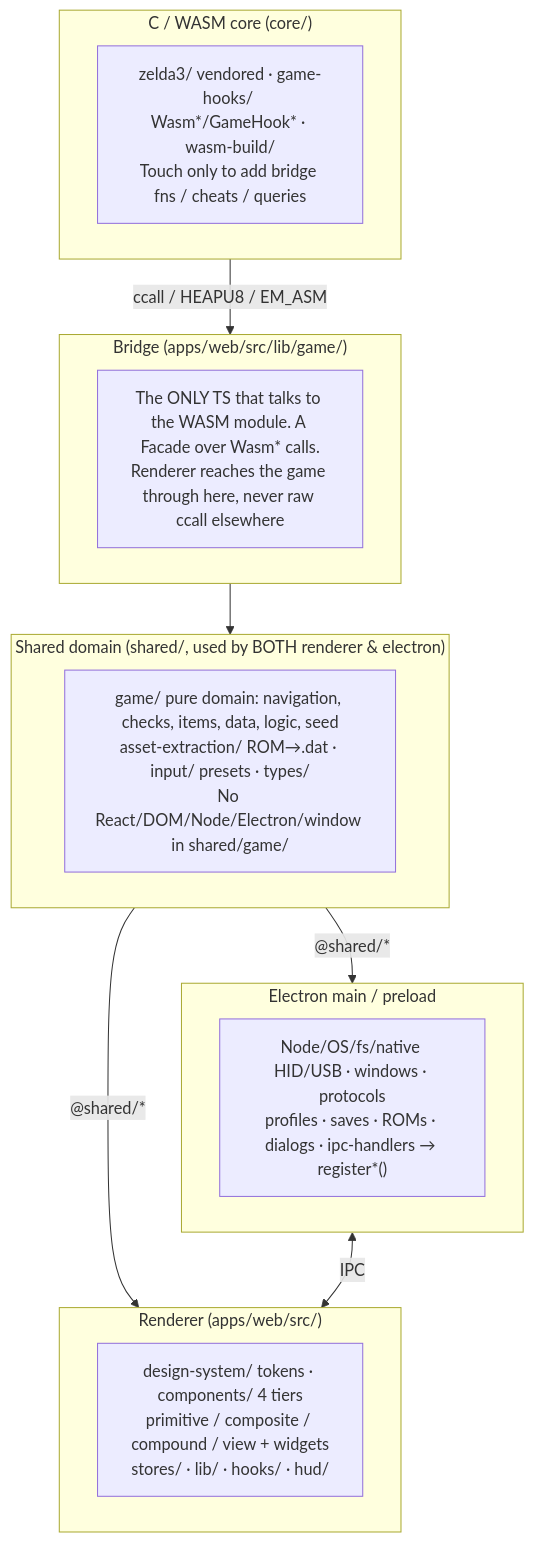
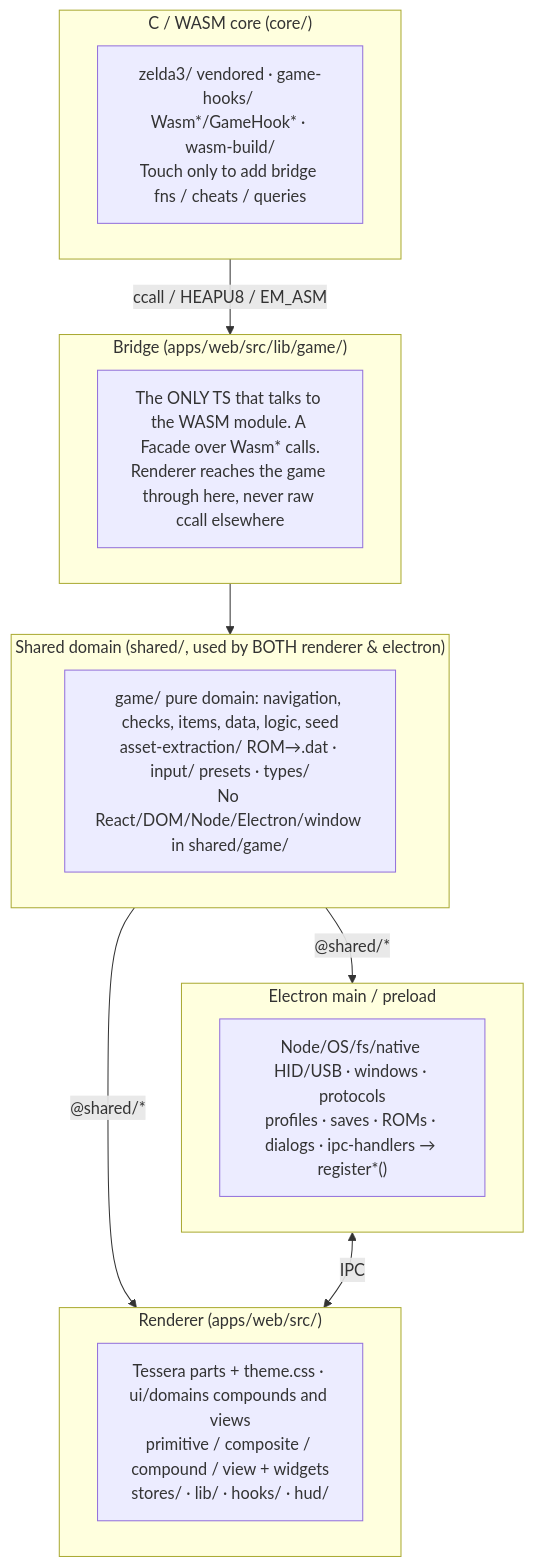
One commit to drizztdourden08/relic-of-the-past changed the diagram in docs/architecture/overview.md. Above: the diagram before and after it, drawn with Mermaid. The commit also changed other lines of this file and 741 other files, not shown here.

````diff
--- a/docs/architecture/overview.md
+++ b/docs/architecture/overview.md
@@ -14,23 +14,23 @@
 ```mermaid
 flowchart TD
     subgraph CORE["C / WASM core (core/)"]
         Z["zelda3/ vendored · game-hooks/ Wasm*/GameHook* · wasm-build/<br/>Touch only to add bridge fns / cheats / queries"]
     end
     subgraph BRIDGE["Bridge (apps/web/src/lib/game/)"]
         B["The ONLY TS that talks to the WASM module. A Facade over Wasm* calls.<br/>Renderer reaches the game through here, never raw ccall elsewhere"]
     end
     subgraph SHARED["Shared domain (shared/, used by BOTH renderer & electron)"]
         S["game/ pure domain: navigation, checks, items, data, logic, seed<br/>asset-extraction/ ROM→.dat · input/ presets · types/<br/>No React/DOM/Node/Electron/window in shared/game/"]
     end
     subgraph EL["Electron main / preload"]
         E["Node/OS/fs/native HID/USB · windows · protocols<br/>profiles · saves · ROMs · dialogs · ipc-handlers → register*()"]
     end
     subgraph REN["Renderer (apps/web/src/)"]
-        R["design-system/ tokens · components/ 4 tiers<br/>primitive / composite / compound / view + widgets<br/>stores/ · lib/ · hooks/ · hud/"]
+        R["Tessera parts + theme.css · ui/domains compounds and views<br/>primitive / composite / compound / view + widgets<br/>stores/ · lib/ · hooks/ · hud/"]
     end
     CORE -->|"ccall / HEAPU8 / EM_ASM"| BRIDGE
     BRIDGE --> SHARED
     SHARED -->|"@shared/*"| EL
     SHARED -->|"@shared/*"| REN
     EL <-->|"IPC"| REN
 ```
````
